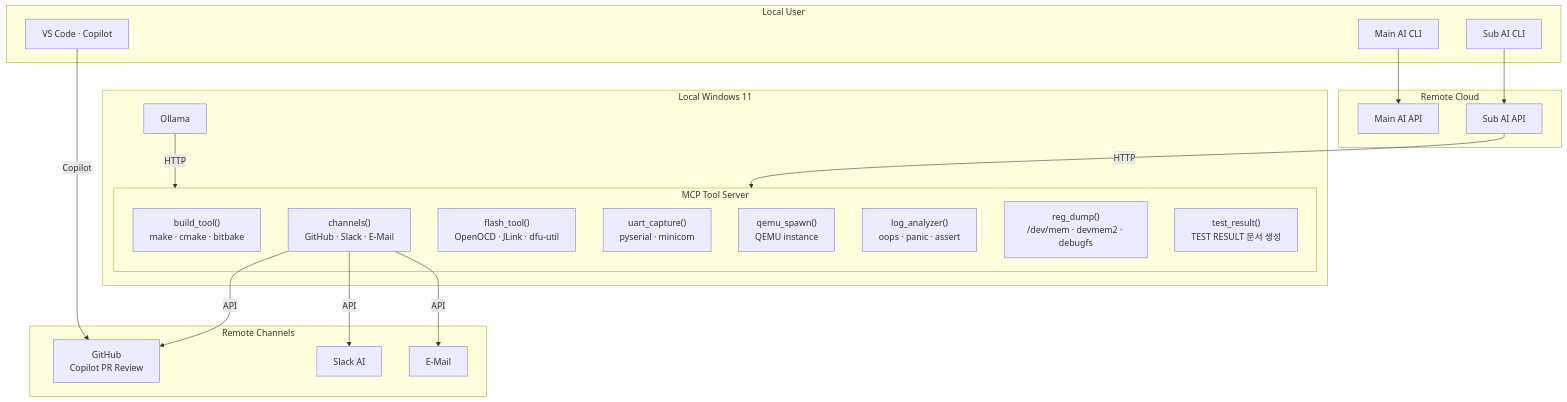
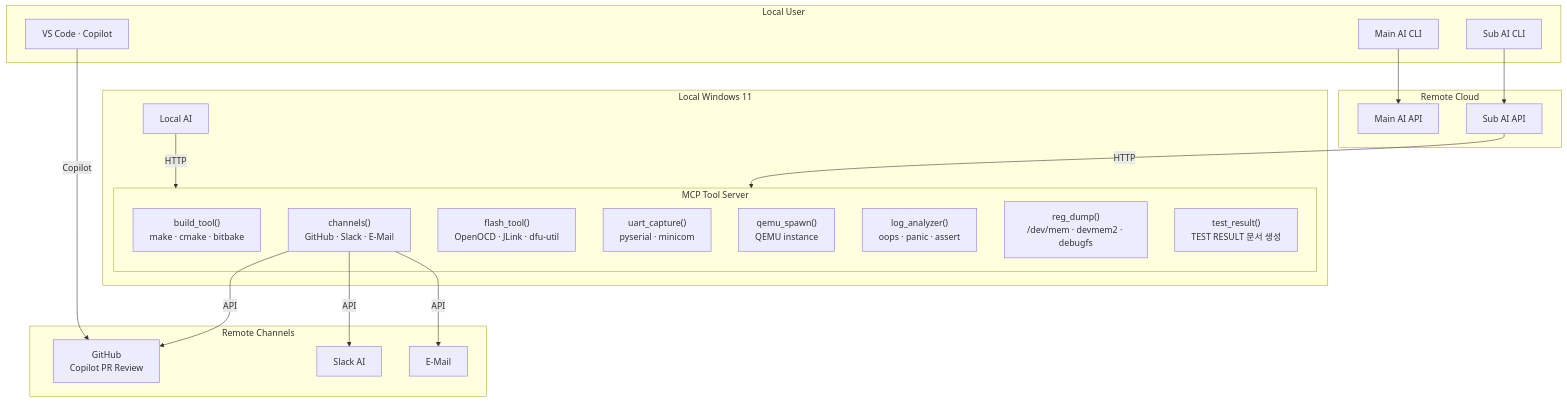
Before and after one commit to JeonghunLee/local-ai-agent-mcp: the second of 2 diagrams in docs/architecture/system-design.md, drawn with Mermaid. The commit also changed other lines of this file, not shown here.

````diff
--- a/docs/architecture/system-design.md
+++ b/docs/architecture/system-design.md
@@ -161,44 +161,44 @@
 ```mermaid
 graph TD
     subgraph UserCLI["Local User"]
         MainAICLI["Main AI CLI"]
         SubAICLI["Sub AI CLI"]
         VSCode["VS Code · Copilot"]
     end
 
     subgraph Remote["Remote Cloud"]
         MainAI["Main AI API"]
         SubAI["Sub AI API"]
     end
 
     subgraph LocalWindows["Local Windows 11"]
-        Ollama["Ollama"]
+        LocalAI["Local AI"]
         subgraph MCPTools["MCP Tool Server"]
             Build["build_tool()\nmake · cmake · bitbake"]
             Chan["channels()\nGitHub · Slack · E-Mail"]
             Flash["flash_tool()\nOpenOCD · JLink · dfu-util"]
             Uart["uart_capture()\npyserial · minicom"]
             Qemu["qemu_spawn()\nQEMU instance"]
             LogA["log_analyzer()\noops · panic · assert"]
             Reg["reg_dump()\n/dev/mem · devmem2 · debugfs"]
             TestR["test_result()\nTEST RESULT 문서 생성"]
         end
     end
 
     subgraph Channels["Remote Channels"]
         GitHub["GitHub\nCopilot PR Review"]
         Slack["Slack AI"]
         EMail["E-Mail"]        
     end
 
     MainAICLI --> MainAI
     SubAICLI --> SubAI
     VSCode -->|Copilot| GitHub
 
-    Ollama -->|HTTP| MCPTools
+    LocalAI -->|HTTP| MCPTools
     SubAI -->|HTTP| MCPTools
 
     Chan -->|API| GitHub
     Chan -->|API| Slack
     Chan -->|API| EMail    
 ```
````
